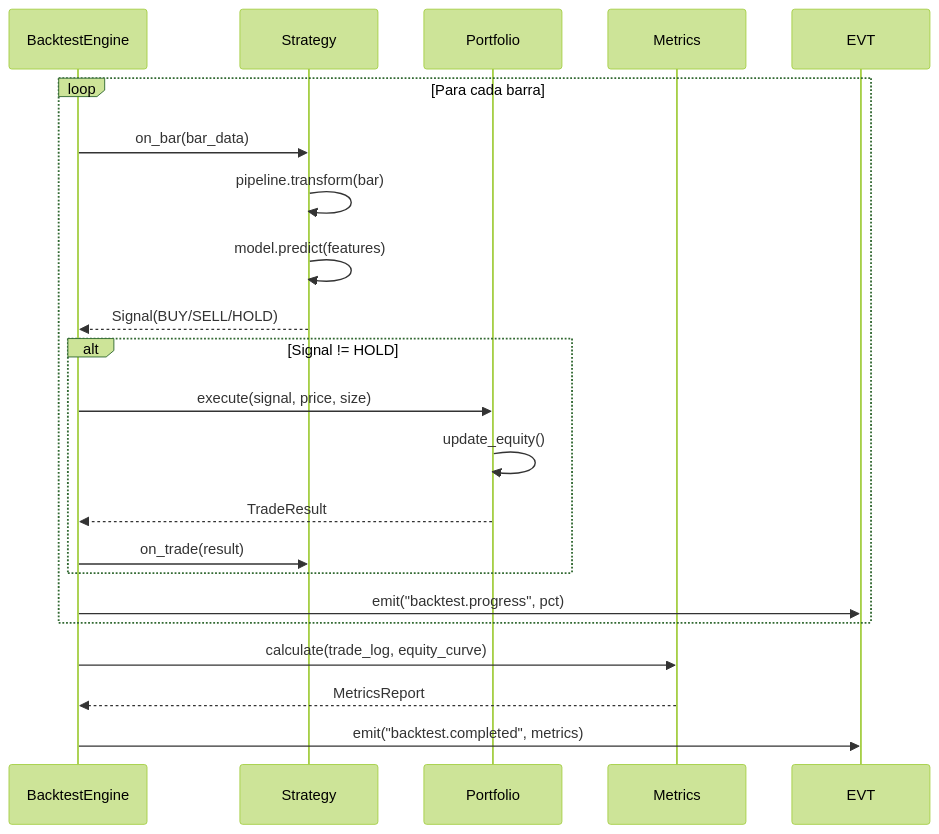
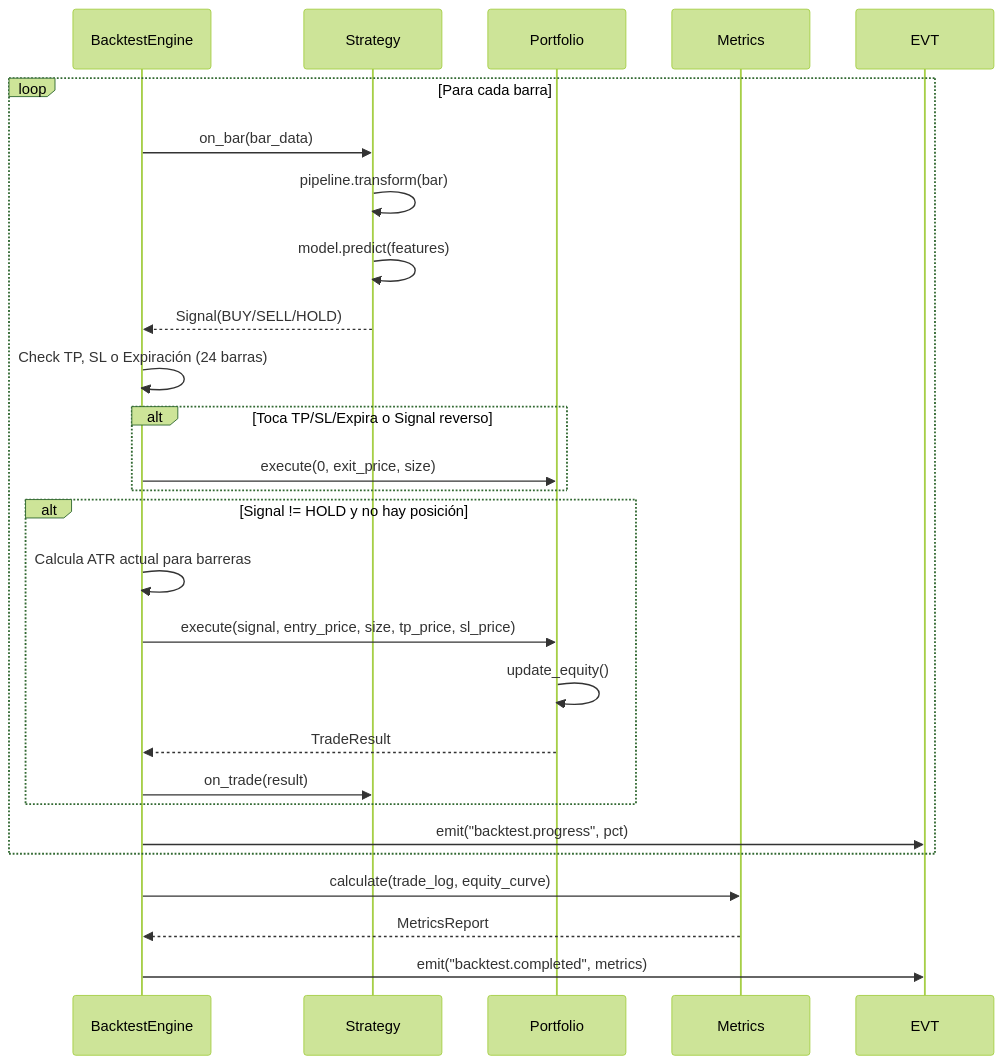
The sixth of 8 diagrams in docs/architecture/implementation_plan.md (Gonlopcha/NotOverfitting), drawn with Mermaid (forest theme) before and after one commit. The commit also changed other lines of this file, not shown here.

Commit message:
XGBoost MarkDown

````diff
--- a/docs/architecture/implementation_plan.md
+++ b/docs/architecture/implementation_plan.md
@@ -484,27 +484,33 @@
 ```mermaid
 sequenceDiagram
     participant BE as BacktestEngine
     participant ST as Strategy
     participant PF as Portfolio
     participant PM as Metrics
 
     loop Para cada barra
         BE->>ST: on_bar(bar_data)
         ST->>ST: pipeline.transform(bar)
         ST->>ST: model.predict(features)
         ST-->>BE: Signal(BUY/SELL/HOLD)
-      
-        alt Signal != HOLD
-            BE->>PF: execute(signal, price, size)
+        
+        BE->>BE: Check TP, SL o Expiración (24 barras)
+        alt Toca TP/SL/Expira o Signal reverso
+            BE->>PF: execute(0, exit_price, size) # Cierra posición
+        end
+        
+        alt Signal != HOLD y no hay posición
+            BE->>BE: Calcula ATR actual para barreras
+            BE->>PF: execute(signal, entry_price, size, tp_price, sl_price)
             PF->>PF: update_equity()
             PF-->>BE: TradeResult
             BE->>ST: on_trade(result)
         end
       
         BE->>EVT: emit("backtest.progress", pct)
     end
   
     BE->>PM: calculate(trade_log, equity_curve)
     PM-->>BE: MetricsReport
     BE->>EVT: emit("backtest.completed", metrics)
 ```
````
